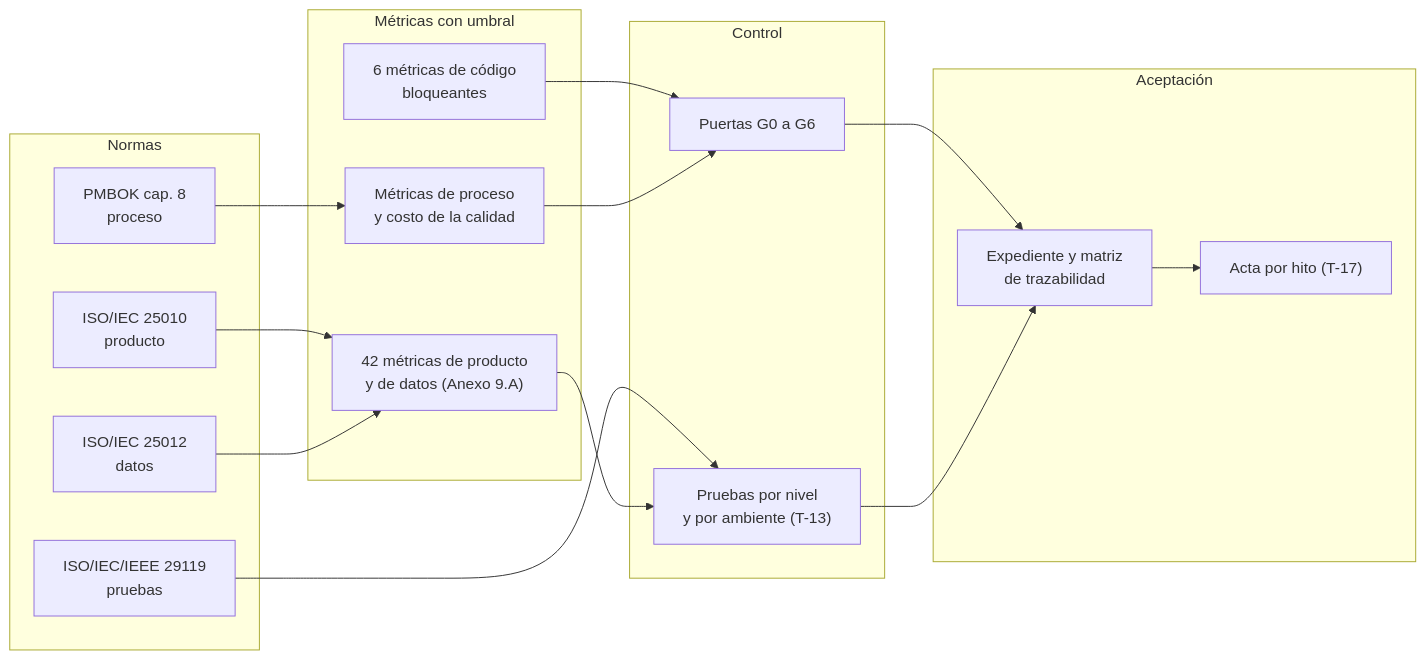
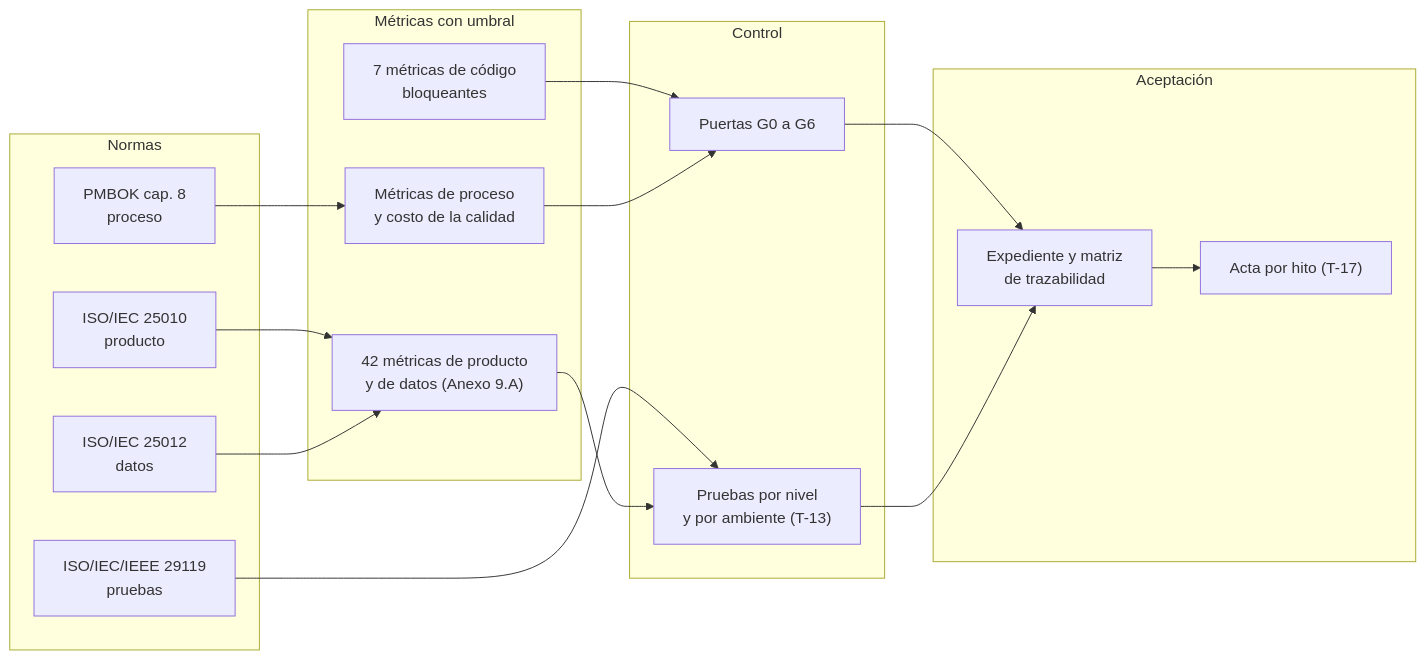
Before and after one commit to PatricioH315/LafroX: the first of 9 diagrams in 09_plan_calidad/v_nueva/LAFROX-Subdocumento9.md, drawn with Mermaid. The commit also changed other lines of this file and 16 other files, not shown here.

````diff
--- a/09_plan_calidad/v_nueva/LAFROX-Subdocumento9.md
+++ b/09_plan_calidad/v_nueva/LAFROX-Subdocumento9.md
@@ -74,32 +74,32 @@
 ```mermaid
 flowchart LR
     subgraph N["Normas"]
         N1["ISO/IEC 25010<br/>producto"]
         N2["ISO/IEC 25012<br/>datos"]
         N3["ISO/IEC/IEEE 29119<br/>pruebas"]
         N4["PMBOK cap. 8<br/>proceso"]
     end
     subgraph M["Métricas con umbral"]
         M1["42 métricas de producto<br/>y de datos (Anexo 9.A)"]
-        M2["6 métricas de código<br/>bloqueantes"]
+        M2["7 métricas de código<br/>bloqueantes"]
         M3["Métricas de proceso<br/>y costo de la calidad"]
     end
     subgraph C["Control"]
         C1["Puertas G0 a G6"]
         C2["Pruebas por nivel<br/>y por ambiente (T-13)"]
     end
     subgraph E["Aceptación"]
         E1["Expediente y matriz<br/>de trazabilidad"]
         E2["Acta por hito (T-17)"]
     end
     N1 --> M1
     N2 --> M1
     N3 --> C2
     N4 --> M3
     M1 --> C2
     M2 --> C1
     M3 --> C1
     C1 --> E1
     C2 --> E1
     E1 --> E2
 ```
````
